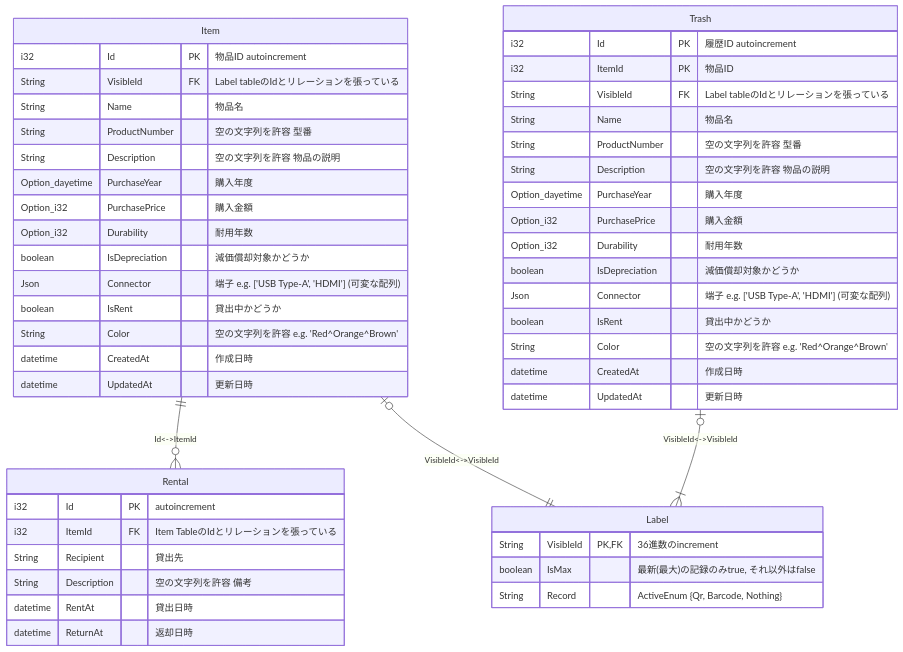
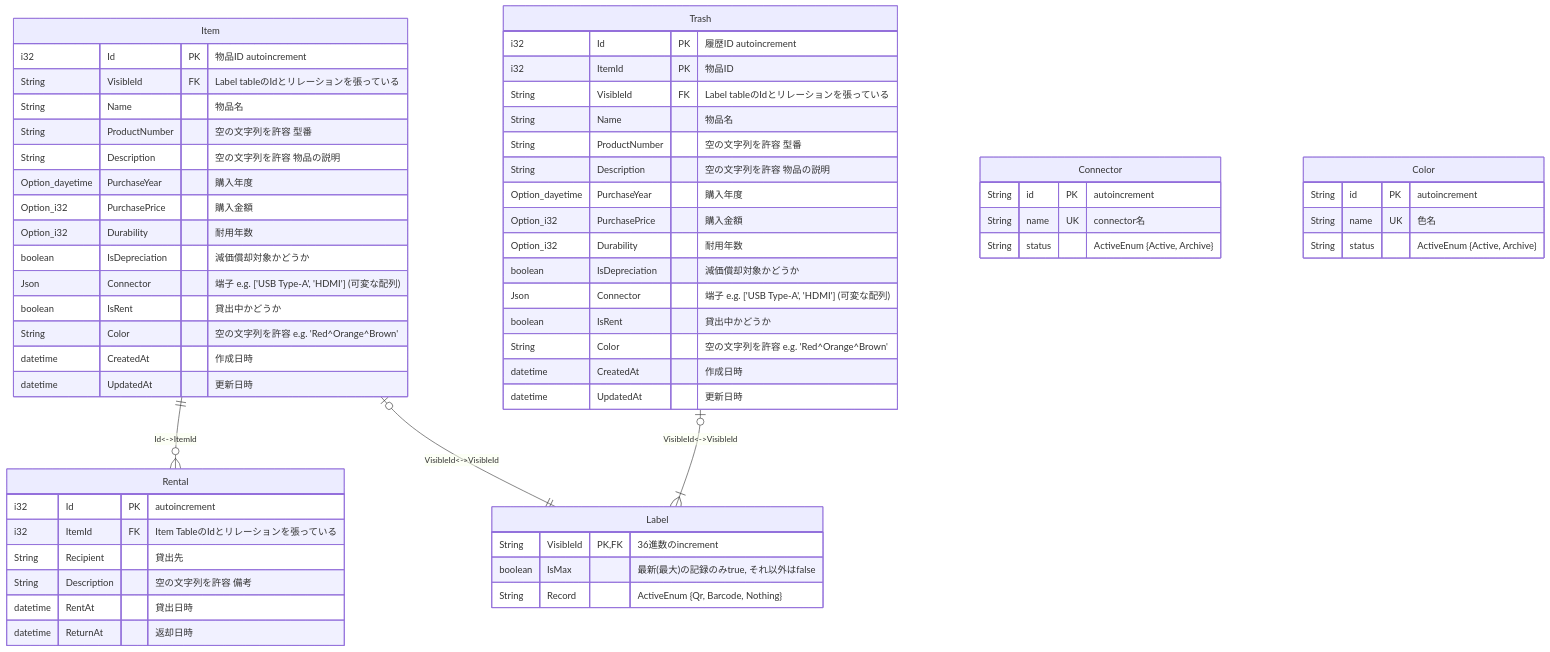
One commit to sohosai/dashi changed the first of 3 diagrams in documents/database.md. Above: the diagram before and after it, drawn with Mermaid. The commit also changed 1 other file, not shown here.

````diff
--- a/documents/database.md
+++ b/documents/database.md
@@ -10,52 +10,62 @@
 ```mermaid
 erDiagram
     Item ||--o{ Rental : "Id<->ItemId"
     Trash |o--|{ Label : "VisibleId<->VisibleId"
     Item |o--|| Label : "VisibleId<->VisibleId"
     Item {
         i32 Id PK "物品ID autoincrement"
         String VisibleId FK "Label tableのIdとリレーションを張っている"
         String Name "物品名"
         String ProductNumber "空の文字列を許容 型番"
         String Description "空の文字列を許容 物品の説明"
         Option_dayetime PurchaseYear "購入年度"
         Option_i32 PurchasePrice "購入金額"
         Option_i32 Durability "耐用年数"
         boolean IsDepreciation "減価償却対象かどうか"
         Json Connector "端子 e.g. ['USB Type-A', 'HDMI'] (可変な配列)"
         boolean IsRent "貸出中かどうか"
         String Color "空の文字列を許容 e.g. 'Red^Orange^Brown'"
         datetime CreatedAt "作成日時"
         datetime UpdatedAt "更新日時"
     }
     Trash {
         i32 Id PK "履歴ID autoincrement"
         i32 ItemId PK "物品ID"
         String VisibleId FK "Label tableのIdとリレーションを張っている"
         String Name "物品名"
         String ProductNumber "空の文字列を許容 型番"
         String Description "空の文字列を許容 物品の説明"
         Option_dayetime PurchaseYear "購入年度"
         Option_i32 PurchasePrice "購入金額"
         Option_i32 Durability "耐用年数"
         boolean IsDepreciation "減価償却対象かどうか"
         Json Connector "端子 e.g. ['USB Type-A', 'HDMI'] (可変な配列)"
         boolean IsRent "貸出中かどうか"
         String Color "空の文字列を許容 e.g. 'Red^Orange^Brown'"
         datetime CreatedAt "作成日時"
         datetime UpdatedAt "更新日時"
     }
     Label {
         String VisibleId PK, FK "36進数のincrement"
         boolean IsMax "最新(最大)の記録のみtrue, それ以外はfalse"
         String Record "ActiveEnum {Qr, Barcode, Nothing}"
     }
     Rental {
         i32 Id PK "autoincrement"
         i32 ItemId FK "Item TableのIdとリレーションを張っている"
         String Recipient "貸出先"
         String Description "空の文字列を許容 備考"
         datetime RentAt "貸出日時"
         datetime ReturnAt "返却日時"
     }
+    Connector {
+        String id PK "autoincrement"
+        String name UK "connector名"
+        String status "ActiveEnum {Active, Archive}"
+    }
+    Color {
+        String id PK "autoincrement"
+        String name UK "色名"
+        String status "ActiveEnum {Active, Archive}"
+    }
 ```
````
